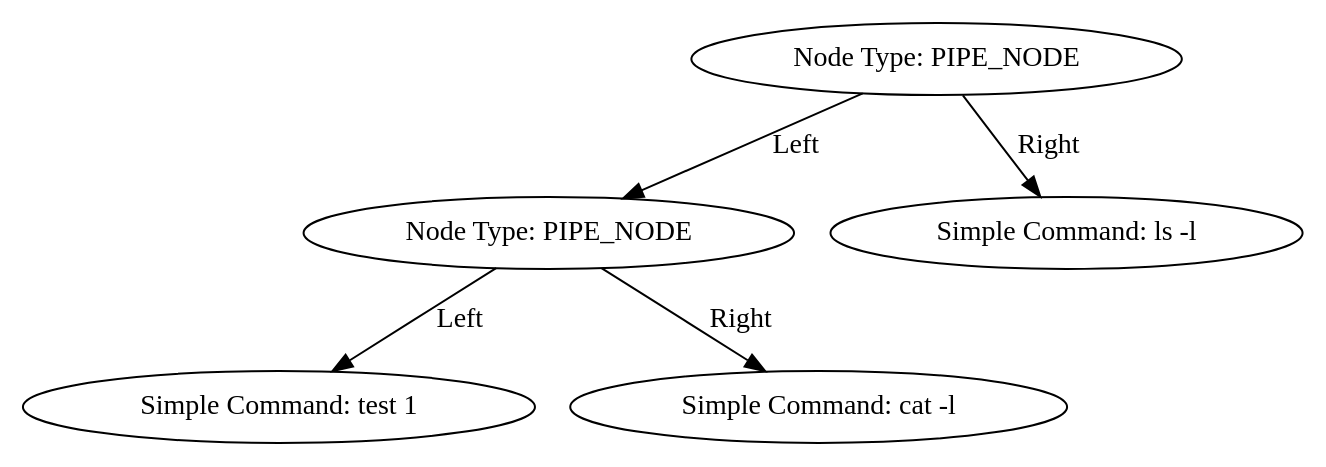
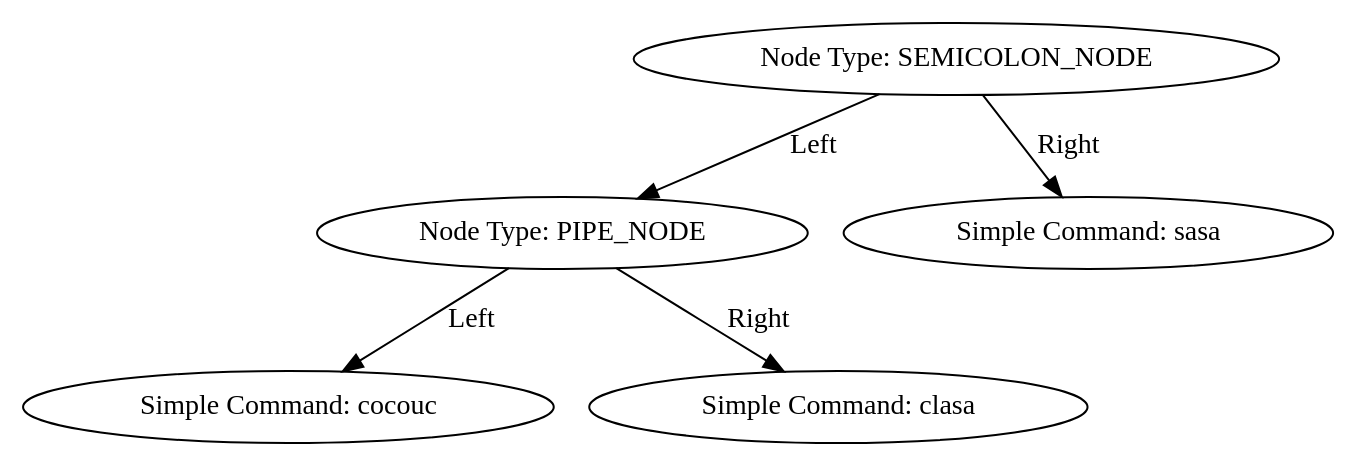
The diagram in src/parser/ast.dot (jdagz28/Minishell), drawn with Graphviz before and after one commit. The commit also changed 20 other files, not shown here.

```diff
--- a/src/parser/ast.dot
+++ b/src/parser/ast.dot
@@ -1,11 +1,11 @@
 digraph AST {
-  node0x6030000004c0 [label="Node Type: PIPE_NODE"];
-  node0x603000000430 [label="Node Type: PIPE_NODE"];
-  node0x6030000003d0 [label="Simple Command: test 1 "];
-  node0x603000000430 -> node0x6030000003d0 [label="Left"];
-  node0x603000000460 [label="Simple Command: cat -l "];
-  node0x603000000430 -> node0x603000000460 [label="Right"];
-  node0x6030000004c0 -> node0x603000000430 [label="Left"];
-  node0x6030000004f0 [label="Simple Command: ls -l "];
-  node0x6030000004c0 -> node0x6030000004f0 [label="Right"];
+  node0x603000000580 [label="Node Type: SEMICOLON_NODE"];
+  node0x603000000520 [label="Node Type: PIPE_NODE"];
+  node0x6030000004f0 [label="Simple Command: cocouc "];
+  node0x603000000520 -> node0x6030000004f0 [label="Left"];
+  node0x603000000550 [label="Simple Command: clasa "];
+  node0x603000000520 -> node0x603000000550 [label="Right"];
+  node0x603000000580 -> node0x603000000520 [label="Left"];
+  node0x6030000005b0 [label="Simple Command: sasa "];
+  node0x603000000580 -> node0x6030000005b0 [label="Right"];
 }
```
